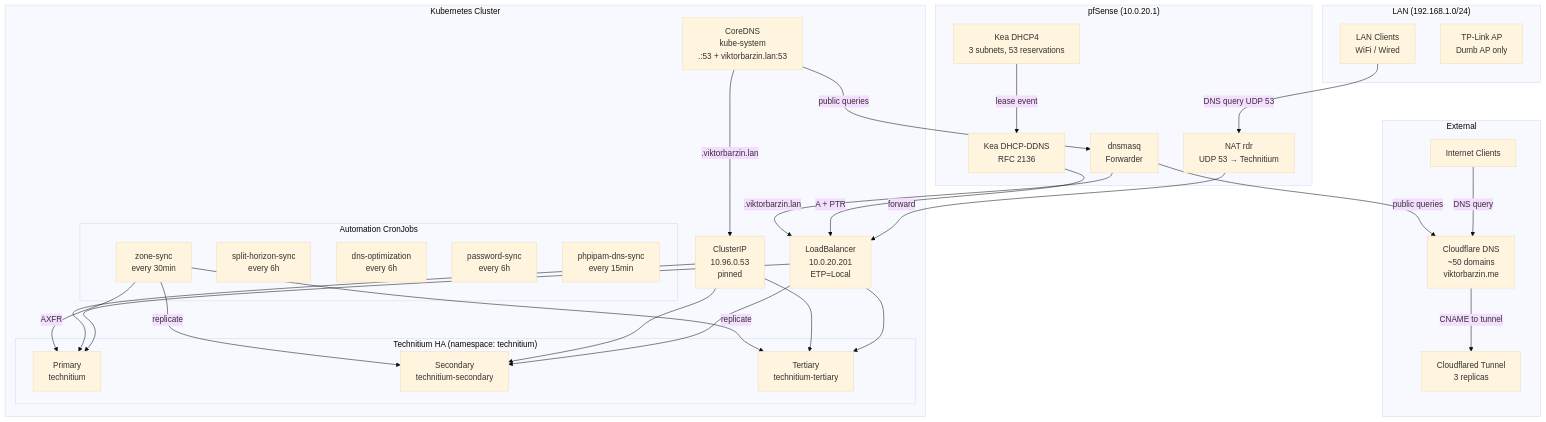
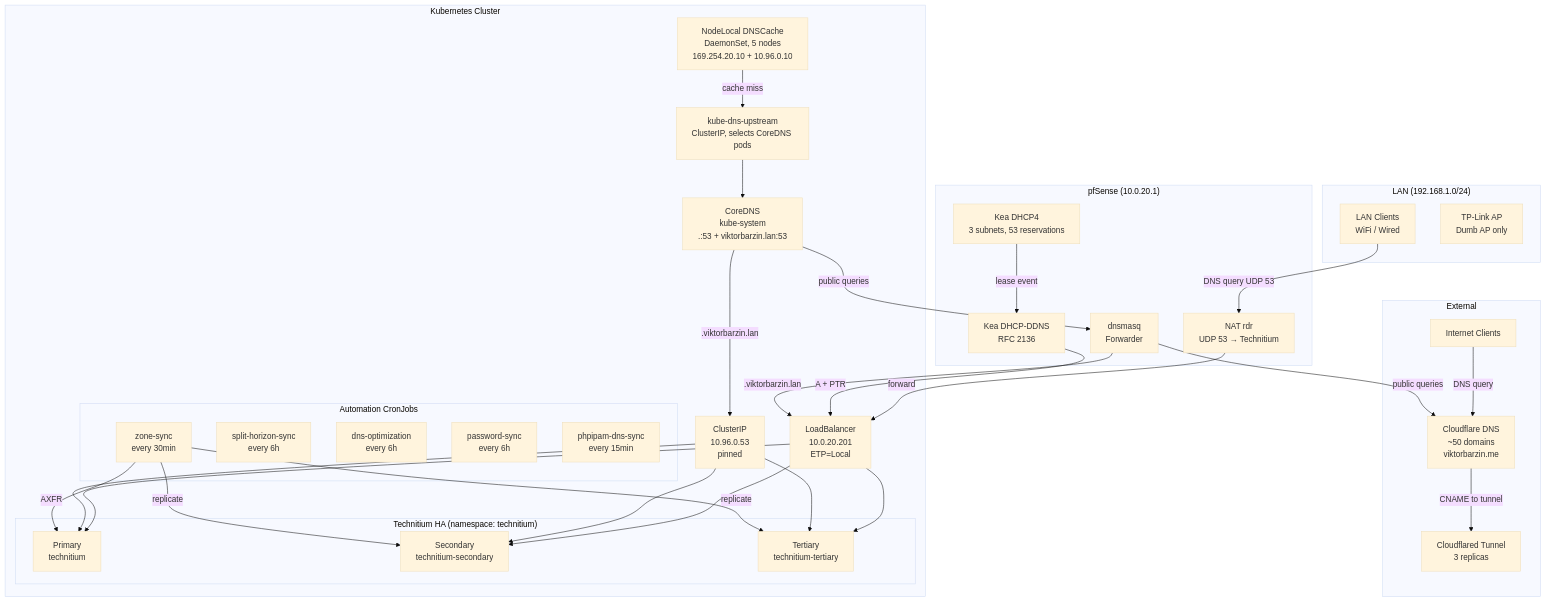
The diagram in docs/architecture/dns.md (ViktorBarzin/infra), drawn with Mermaid (base theme) before and after one commit. The commit also changed other lines of this file and 3 other files, not shown here.

````diff
--- a/docs/architecture/dns.md
+++ b/docs/architecture/dns.md
@@ -11,65 +11,69 @@
 ```mermaid
 graph TB
     subgraph "External"
         Internet[Internet Clients]
         CF[Cloudflare DNS<br/>~50 domains<br/>viktorbarzin.me]
         CFTunnel[Cloudflared Tunnel<br/>3 replicas]
     end
 
     subgraph "LAN (192.168.1.0/24)"
         LAN[LAN Clients<br/>WiFi / Wired]
         TPLINK[TP-Link AP<br/>Dumb AP only]
     end
 
     subgraph "pfSense (10.0.20.1)"
         pf_dnsmasq[dnsmasq<br/>Forwarder]
         pf_kea[Kea DHCP4<br/>3 subnets, 53 reservations]
         pf_ddns[Kea DHCP-DDNS<br/>RFC 2136]
         pf_nat[NAT rdr<br/>UDP 53 → Technitium]
     end
 
     subgraph "Kubernetes Cluster"
+        NodeLocalDNS[NodeLocal DNSCache<br/>DaemonSet, 5 nodes<br/>169.254.20.10 + 10.96.0.10]
         CoreDNS[CoreDNS<br/>kube-system<br/>.:53 + viktorbarzin.lan:53]
+        KubeDNSUpstream[kube-dns-upstream<br/>ClusterIP, selects CoreDNS pods]
 
         subgraph "Technitium HA (namespace: technitium)"
             Primary[Primary<br/>technitium]
             Secondary[Secondary<br/>technitium-secondary]
             Tertiary[Tertiary<br/>technitium-tertiary]
         end
 
         LB_DNS[LoadBalancer<br/>10.0.20.201<br/>ETP=Local]
         ClusterIP[ClusterIP<br/>10.96.0.53<br/>pinned]
 
         subgraph "Automation CronJobs"
             ZoneSync[zone-sync<br/>every 30min]
             SplitHorizon[split-horizon-sync<br/>every 6h]
             DNSOpt[dns-optimization<br/>every 6h]
             PassSync[password-sync<br/>every 6h]
             DNSSync[phpipam-dns-sync<br/>every 15min]
         end
     end
 
     Internet -->|DNS query| CF
     CF -->|CNAME to tunnel| CFTunnel
     LAN -->|DNS query UDP 53| pf_nat
     pf_nat -->|forward| LB_DNS
     pf_kea -->|lease event| pf_ddns
     pf_ddns -->|A + PTR| LB_DNS
 
     pf_dnsmasq -->|.viktorbarzin.lan| LB_DNS
     pf_dnsmasq -->|public queries| CF
 
+    NodeLocalDNS -->|cache miss| KubeDNSUpstream
+    KubeDNSUpstream --> CoreDNS
     CoreDNS -->|.viktorbarzin.lan| ClusterIP
     CoreDNS -->|public queries| pf_dnsmasq
 
     LB_DNS --> Primary
     LB_DNS --> Secondary
     LB_DNS --> Tertiary
     ClusterIP --> Primary
     ClusterIP --> Secondary
     ClusterIP --> Tertiary
 
     ZoneSync -->|AXFR| Primary
     ZoneSync -->|replicate| Secondary
     ZoneSync -->|replicate| Tertiary
 ```
````
